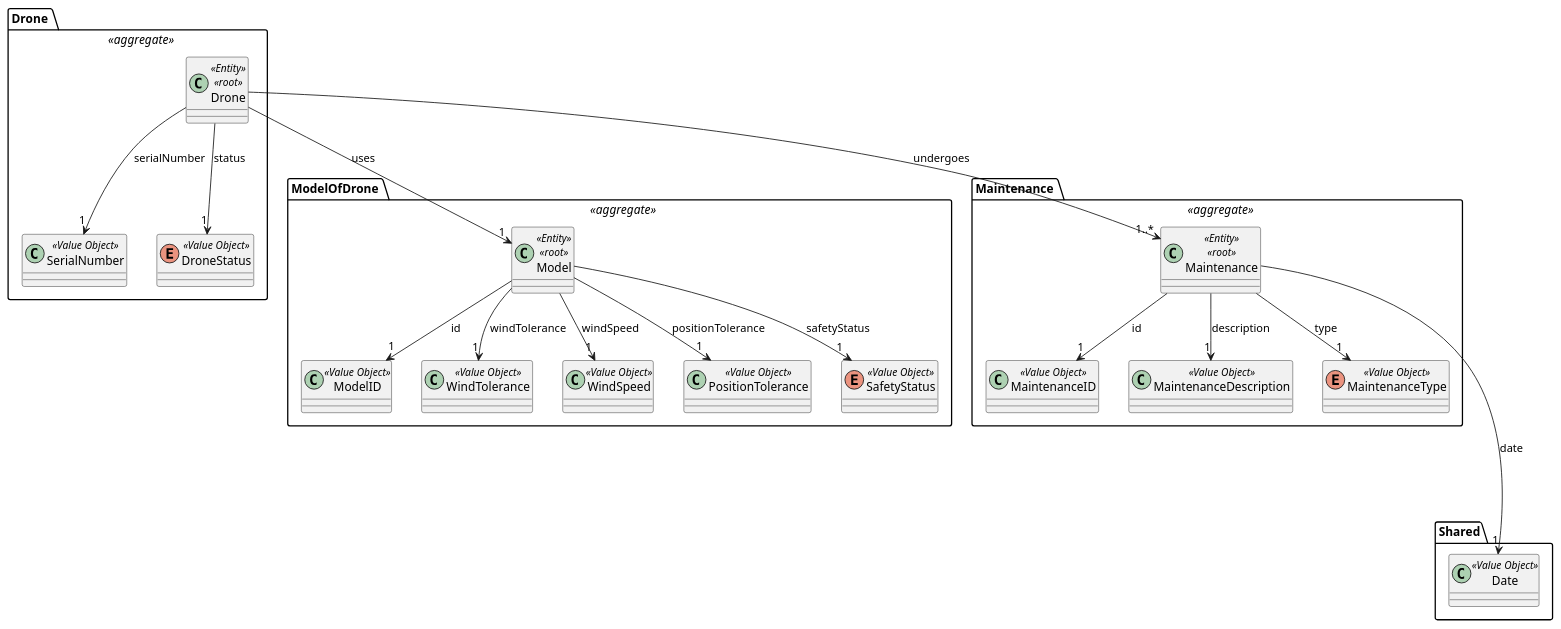
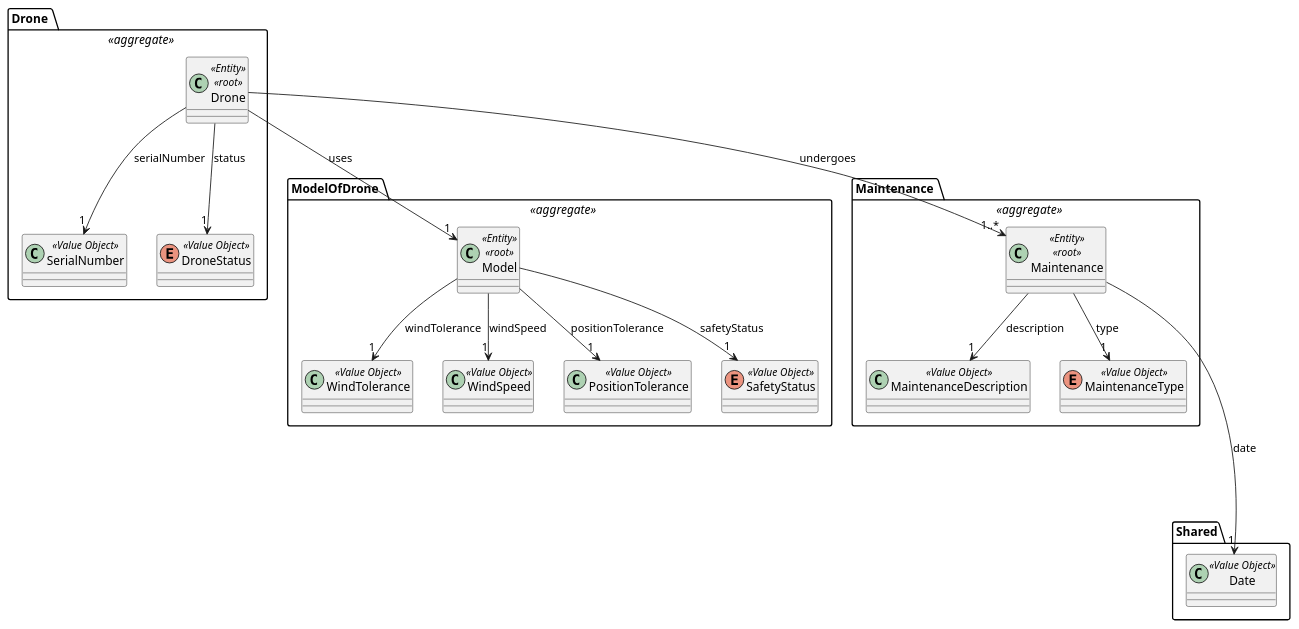
One commit to diogoveirospro/sem4pi-2024-2025-sem4pi_2024_2025_g44 changed the diagram in docs/global_artifacts/analysis/puml/domain_model_drone.puml. Above: the diagram before and after it, drawn with PlantUML. The commit also changed 5 other files, not shown here.

```diff
--- a/docs/global_artifacts/analysis/puml/domain_model_drone.puml
+++ b/docs/global_artifacts/analysis/puml/domain_model_drone.puml
@@ -1,82 +1,75 @@
 @startuml
 
 package "Drone " <<aggregate>> {
 
     class Drone <<Entity>> <<root>>{
     }
 
     class SerialNumber <<Value Object>>{
     }
 
     enum DroneStatus <<Value Object>>{
     }
 
     'Drone -> x
     Drone --> "1" DroneStatus: status
     Drone --> "1" SerialNumber: serialNumber
 }
 
 package "ModelOfDrone " <<aggregate>> {
 
     class Model <<Entity>> <<root>>{
     }
 
-    class ModelID <<Value Object>>{
-    }
-
     class WindTolerance <<Value Object>>{
     }
 
     class WindSpeed <<Value Object>>{
     }
 
     class PositionTolerance <<Value Object>>{
     }
 
     enum SafetyStatus <<Value Object>>{
     }
 
     'Model -> x
-    Model --> "1" ModelID: id
     Model --> "1" WindTolerance: windTolerance
     Model --> "1" WindSpeed: windSpeed
     Model --> "1" PositionTolerance: positionTolerance
     Model --> "1" SafetyStatus: safetyStatus
 
     'Drone -> x
     Drone --> "1" Model: uses
 
 }
 
 package "Maintenance " <<aggregate>> {
 
     class Maintenance <<Entity>> <<root>>{
     }
 
-    class MaintenanceID <<Value Object>>{
-    }
-
     class MaintenanceDescription <<Value Object>>{
     }
 
     enum MaintenanceType <<Value Object>>{
     }
 
     'Maintenance -> x
     Maintenance --> "1" MaintenanceDescription: description
     Maintenance --> "1" MaintenanceType: type
-    Maintenance --> "1" MaintenanceID: id
 
+    'Drone -> x
     Drone --> "1..*" Maintenance: undergoes
 }
 
 package Shared {
 
     class Date <<Value Object>>{
     }
 
     'Maintenance -> x
     Maintenance ----> "1" Date: date
 }
 
 @enduml
```
